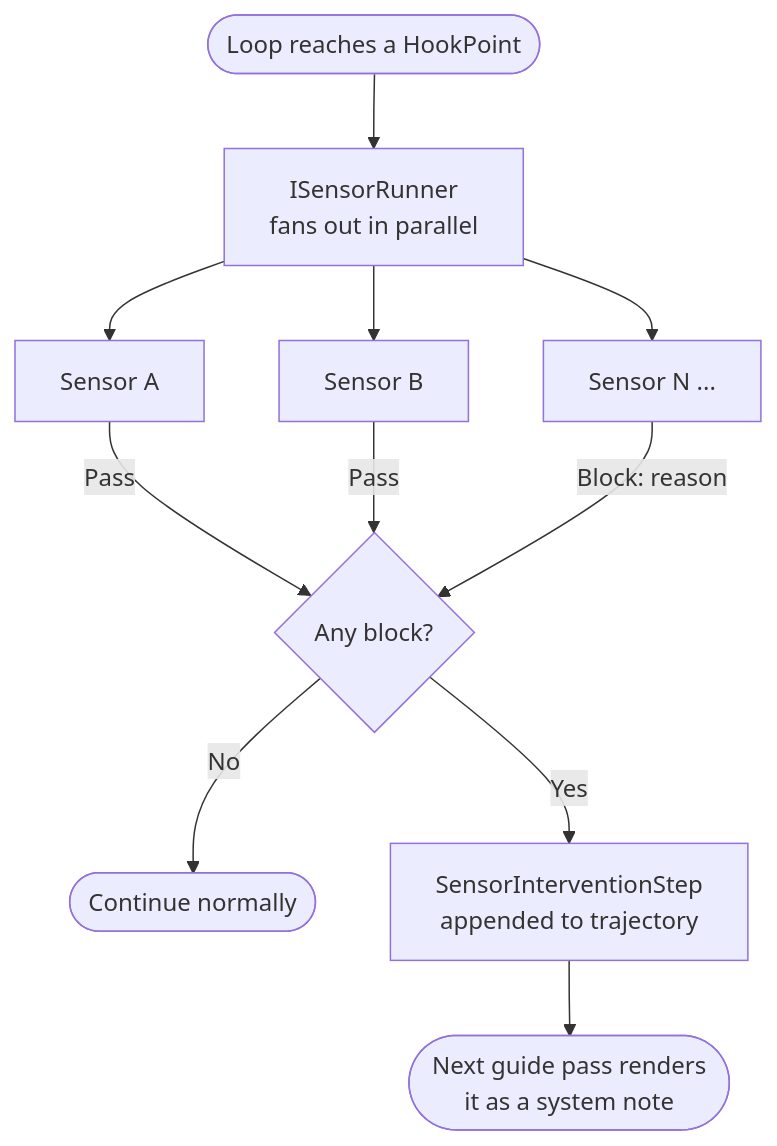
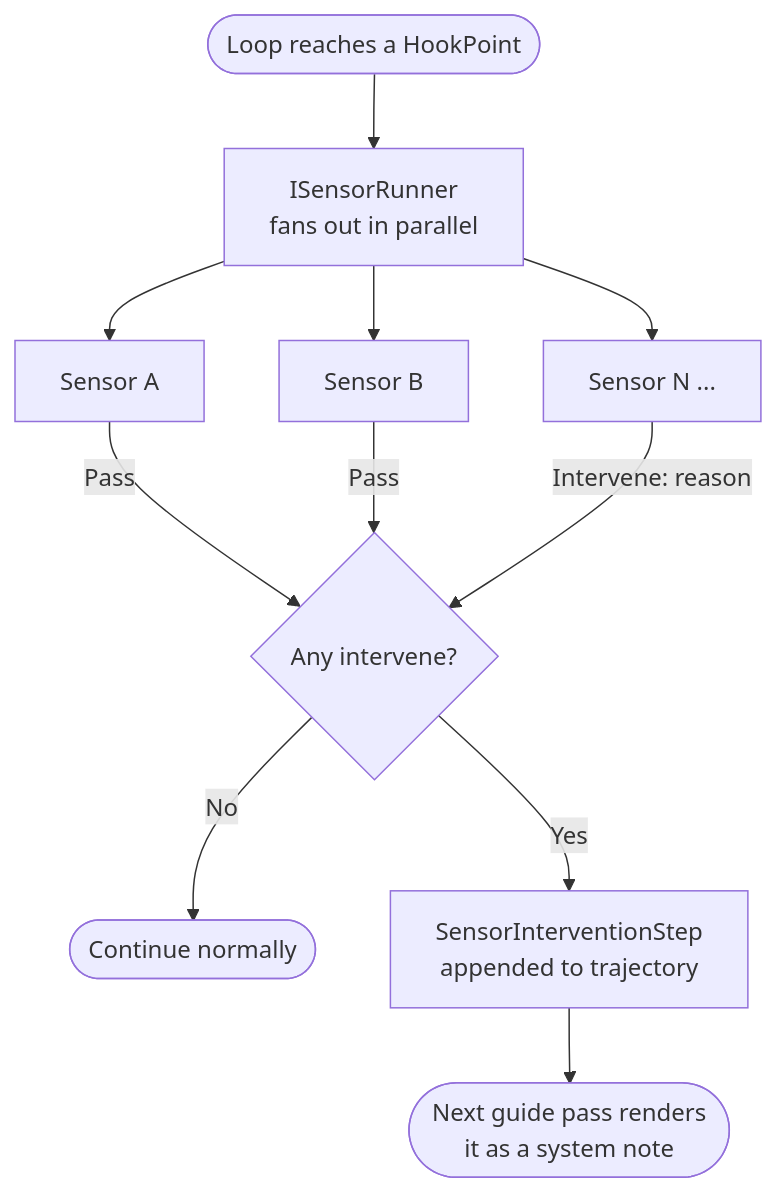
The third of 4 diagrams in README.md (AnilKerai/model-harness), drawn with Mermaid before and after one commit. The commit also changed other lines of this file and 2 other files, not shown here.

````diff
--- a/README.md
+++ b/README.md
@@ -137,13 +140,13 @@
 ```mermaid
 flowchart TD
     L([Loop reaches a HookPoint]) --> SR[ISensorRunner\nfans out in parallel]
     SR --> S1[Sensor A]
     SR --> S2[Sensor B]
     SR --> SN[Sensor N ...]
-    S1 -- Pass --> M{Any block?}
+    S1 -- Pass --> M{Any intervene?}
     S2 -- Pass --> M
-    SN -- Block: reason --> M
+    SN -- Intervene: reason --> M
     M -- No --> CONT([Continue normally])
     M -- Yes --> INT[SensorInterventionStep\nappended to trajectory]
     INT --> NEXT([Next guide pass renders\nit as a system note])
 ```
````
